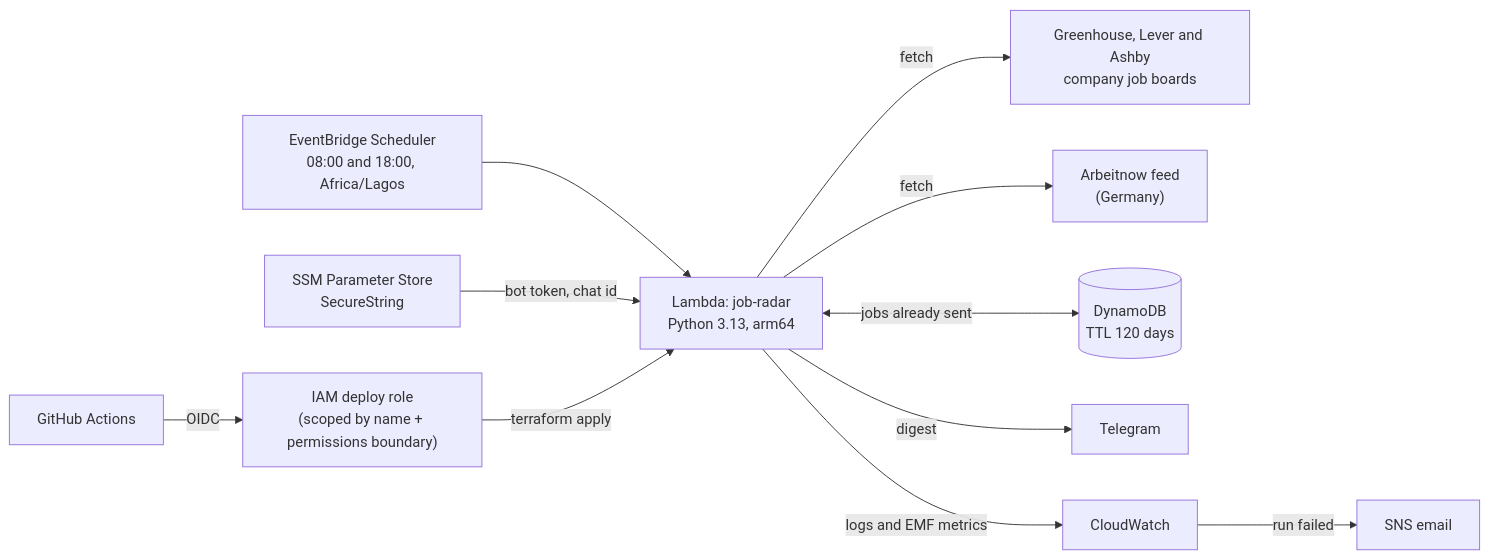
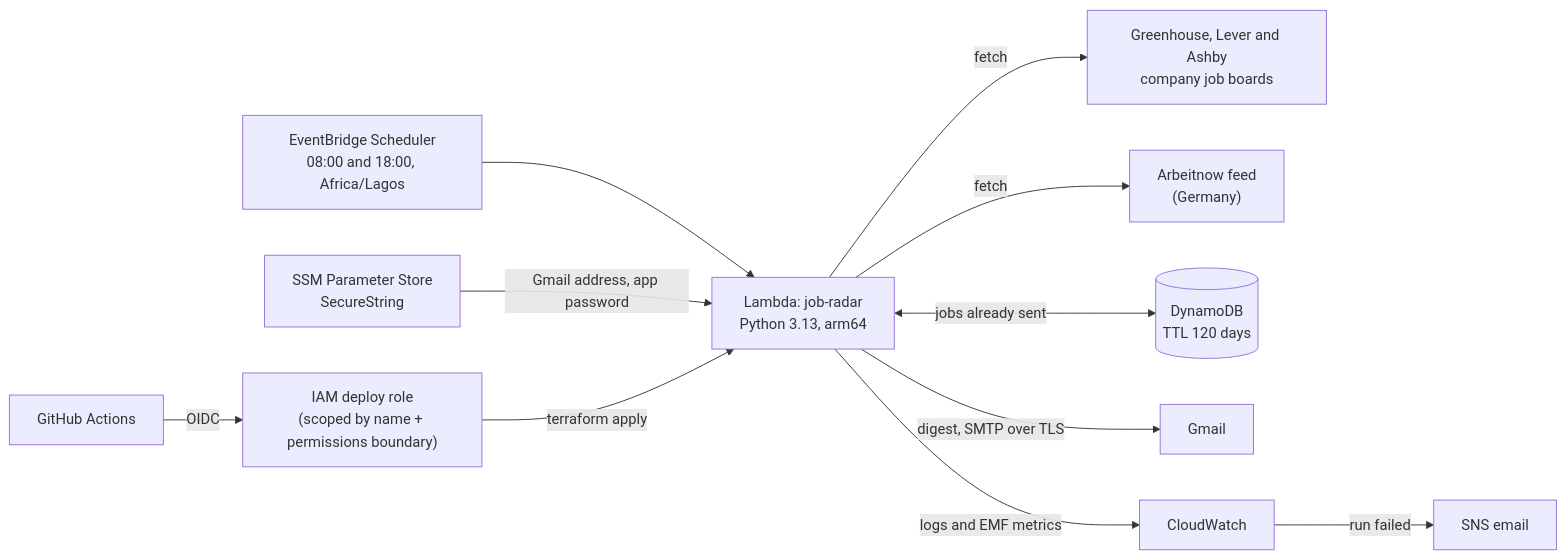
The diagram in README.md (Faozil/Job-Radar), drawn with Mermaid before and after one commit. The commit also changed other lines of this file and 15 other files, not shown here.

````diff
--- a/README.md
+++ b/README.md
@@ -28,13 +28,13 @@
 ```mermaid
 flowchart LR
     S["EventBridge Scheduler<br/>08:00 and 18:00, Africa/Lagos"] --> L["Lambda: job-radar<br/>Python 3.13, arm64"]
     L -->|fetch| B["Greenhouse, Lever and Ashby<br/>company job boards"]
     L -->|fetch| A["Arbeitnow feed<br/>(Germany)"]
     L <-->|jobs already sent| D[("DynamoDB<br/>TTL 120 days")]
-    P["SSM Parameter Store<br/>SecureString"] -->|bot token, chat id| L
-    L -->|digest| T["Telegram"]
+    P["SSM Parameter Store<br/>SecureString"] -->|Gmail address, app password| L
+    L -->|digest, SMTP over TLS| T["Gmail"]
     L -->|logs and EMF metrics| C["CloudWatch"]
     C -->|run failed| E["SNS email"]
     G["GitHub Actions"] -->|OIDC| R["IAM deploy role<br/>(scoped by name + permissions boundary)"]
     R -->|terraform apply| L
 ```
````
